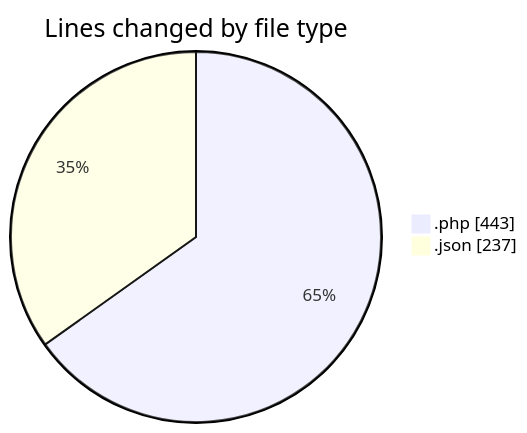
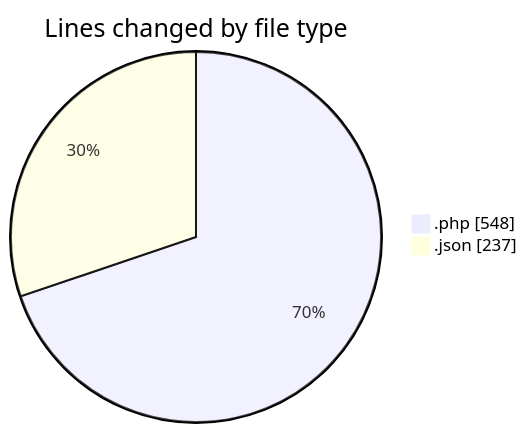
One commit to idhammustaqopulfikri/code-tracking changed the first of 2 diagrams in 2025-06-07/studio-backend/README.md. Above: the diagram before and after it, drawn with Mermaid. The commit also changed other lines of this file and 1 other file, not shown here.

````diff
--- a/2025-06-07/studio-backend/README.md
+++ b/2025-06-07/studio-backend/README.md
@@ -27,6 +29,6 @@
 ```mermaid
 pie showData
 title Lines changed by file type
-".php" : 443
+".php" : 548
 ".json" : 237
 ```
````
